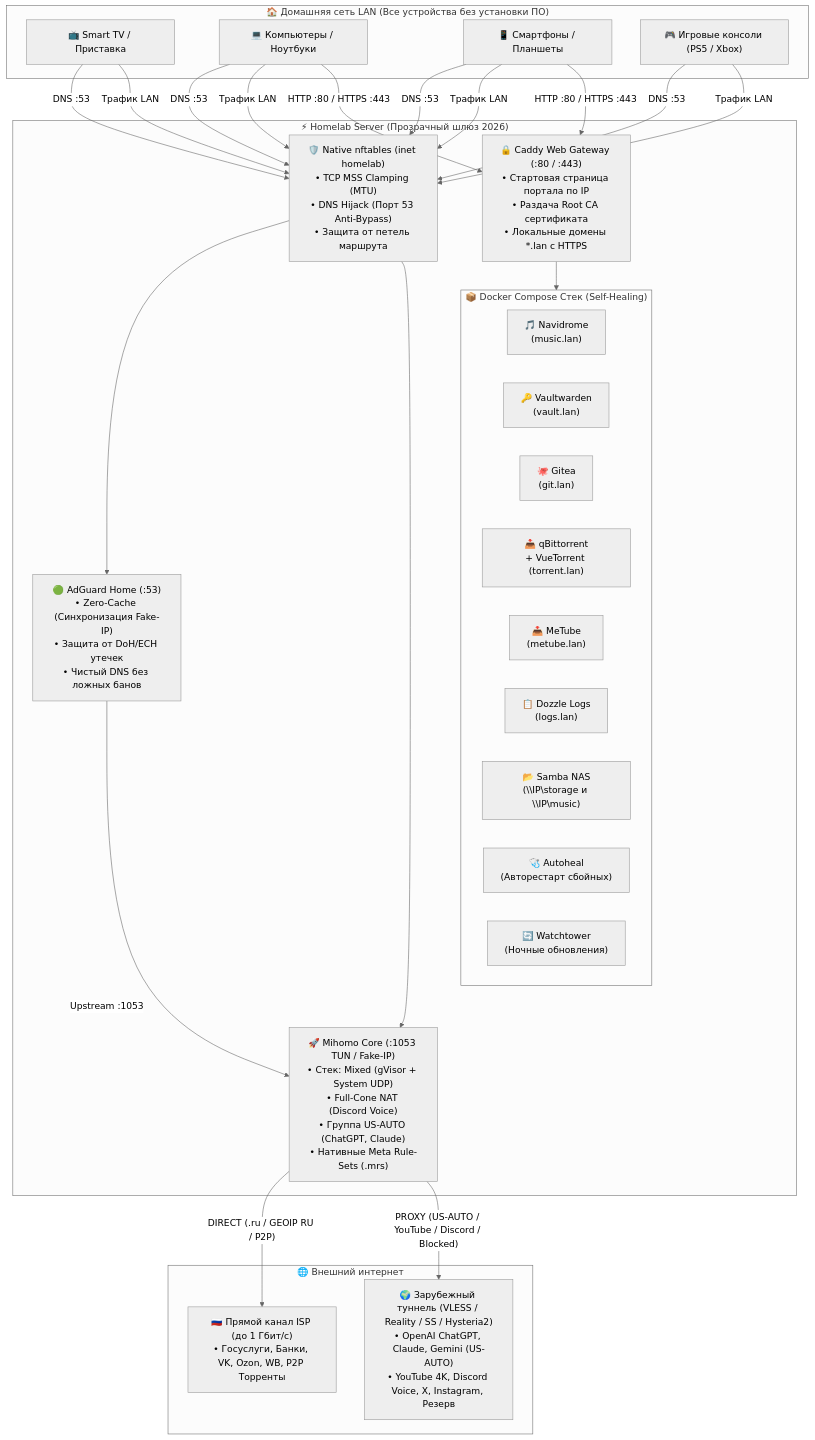
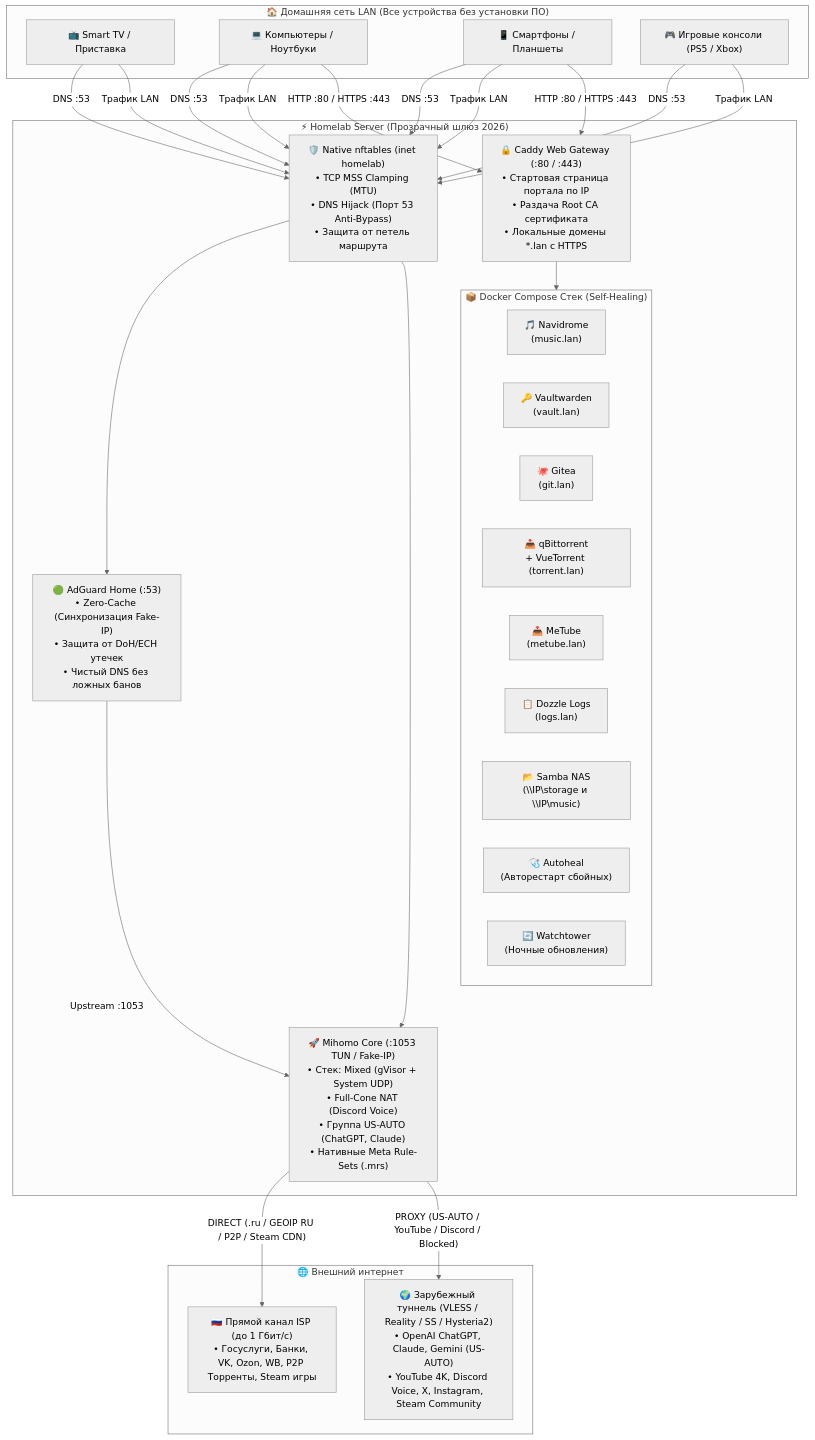
The diagram in README.md (unknownpeace/Medal), drawn with Mermaid (neutral theme) before and after one commit. The commit also changed other lines of this file, not shown here.

Commit message:
docs(readme): comprehensive rewrite of README.md with full architecture, services and CLI reference

````diff
--- a/README.md
+++ b/README.md
@@ -84,56 +87,56 @@
 ```mermaid
 flowchart TD
     subgraph LAN[" 🏠 Домашняя сеть LAN (Все устройства без установки ПО) "]
         TV["📺 Smart TV / Приставка"]
         PC["💻 Компьютеры / Ноутбуки"]
         PHONE["📱 Смартфоны / Планшеты"]
         CONSOLE["🎮 Игровые консоли (PS5 / Xbox)"]
     end
 
     subgraph SERVER[" ⚡ Homelab Server (Прозрачный шлюз 2026) "]
         NFT["🛡️ Native nftables (inet homelab)<br/>• TCP MSS Clamping (MTU)<br/>• DNS Hijack (Порт 53 Anti-Bypass)<br/>• Защита от петель маршрута"]
         
         AGH["🟢 AdGuard Home (:53)<br/>• Zero-Cache (Синхронизация Fake-IP)<br/>• Защита от DoH/ECH утечек<br/>• Чистый DNS без ложных банов"]
         
         MIHOMO["🚀 Mihomo Core (:1053 TUN / Fake-IP)<br/>• Стек: Mixed (gVisor + System UDP)<br/>• Full-Cone NAT (Discord Voice)<br/>• Группа US-AUTO (ChatGPT, Claude)<br/>• Нативные Meta Rule-Sets (.mrs)"]
 
         CADDY["🔒 Caddy Web Gateway (:80 / :443)<br/>• Стартовая страница портала по IP<br/>• Раздача Root CA сертификата<br/>• Локальные домены *.lan с HTTPS"]
 
         subgraph APPS[" 📦 Docker Compose Стек (Self-Healing) "]
             NAVI["🎵 Navidrome<br/>(music.lan)"]
             VW["🔑 Vaultwarden<br/>(vault.lan)"]
             GIT["🐙 Gitea<br/>(git.lan)"]
             QBIT["📥 qBittorrent<br/>+ VueTorrent (torrent.lan)"]
             METUBE["📥 MeTube<br/>(metube.lan)"]
             DOZZLE["📋 Dozzle Logs<br/>(logs.lan)"]
             SMB["📂 Samba NAS<br/>(\\IP\storage и \\IP\music)"]
             HEAL["🩺 Autoheal<br/>(Авторестарт сбойных)"]
             WT["🔄 Watchtower<br/>(Ночные обновления)"]
         end
     end
 
     subgraph INTERNET[" 🌐 Внешний интернет "]
-        DIRECT_NET["🇷🇺 Прямой канал ISP (до 1 Гбит/с)<br/>• Госуслуги, Банки, VK, Ozon, WB, P2P Торренты"]
-        PROXY_NET["🌍 Зарубежный туннель (VLESS / Reality / SS / Hysteria2)<br/>• OpenAI ChatGPT, Claude, Gemini (US-AUTO)<br/>• YouTube 4K, Discord Voice, X, Instagram, Резерв"]
+        DIRECT_NET["🇷🇺 Прямой канал ISP (до 1 Гбит/с)<br/>• Госуслуги, Банки, VK, Ozon, WB, P2P Торренты, Steam игры"]
+        PROXY_NET["🌍 Зарубежный туннель (VLESS / Reality / SS / Hysteria2)<br/>• OpenAI ChatGPT, Claude, Gemini (US-AUTO)<br/>• YouTube 4K, Discord Voice, X, Instagram, Steam Community"]
     end
 
     TV -->|"DNS :53"| NFT
     PC -->|"DNS :53"| NFT
     PHONE -->|"DNS :53"| NFT
     CONSOLE -->|"DNS :53"| NFT
     NFT --> AGH
     AGH -->|"Upstream :1053"| MIHOMO
     
     TV -->|"Трафик LAN"| NFT
     PC -->|"Трафик LAN"| NFT
     PHONE -->|"Трафик LAN"| NFT
     CONSOLE -->|"Трафик LAN"| NFT
     NFT --> MIHOMO
 
-    MIHOMO -->|"DIRECT (.ru / GEOIP RU / P2P)"| DIRECT_NET
+    MIHOMO -->|"DIRECT (.ru / GEOIP RU / P2P / Steam CDN)"| DIRECT_NET
     MIHOMO -->|"PROXY (US-AUTO / YouTube / Discord / Blocked)"| PROXY_NET
 
     PC -->|"HTTP :80 / HTTPS :443"| CADDY
     PHONE -->|"HTTP :80 / HTTPS :443"| CADDY
     CADDY --> APPS
 ```
````
